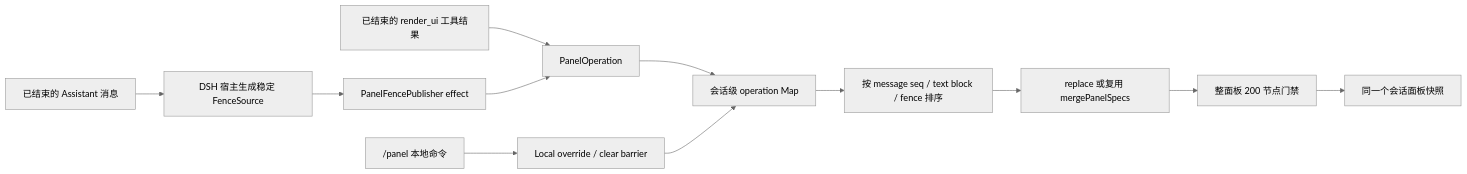
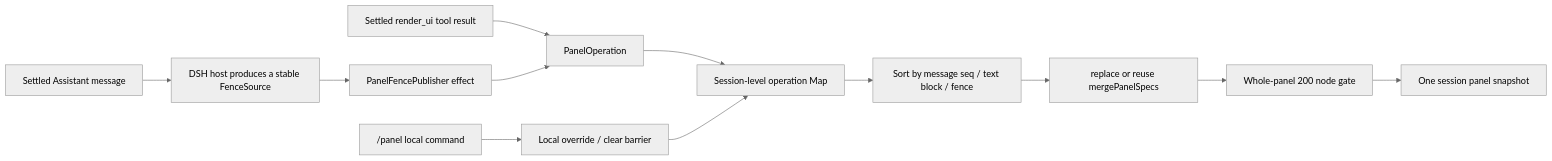
Before and after one commit to asheghi/dsh-genui: the diagram in docs/plans/2026-08-11-dsh-genui-hardening-execution-plan.md, drawn with Mermaid (neutral theme). The commit also changed other lines of this file and 135 other files, not shown here.

````diff
--- a/docs/plans/2026-08-11-dsh-genui-hardening-execution-plan.md
+++ b/docs/plans/2026-08-11-dsh-genui-hardening-execution-plan.md
@@ -89,14 +89,14 @@
 ```mermaid
 flowchart LR
-  A["已结束的 Assistant 消息"] --> B["DSH 宿主生成稳定 FenceSource"]
-  T["已结束的 render_ui 工具结果"] --> O["PanelOperation"]
+  A["Settled Assistant message"] --> B["DSH host produces a stable FenceSource"]
+  T["Settled render_ui tool result"] --> O["PanelOperation"]
   B --> P["PanelFencePublisher effect"]
   P --> O
-  C["/panel 本地命令"] --> L["Local override / clear barrier"]
-  O --> M["会话级 operation Map"]
+  C["/panel local command"] --> L["Local override / clear barrier"]
+  O --> M["Session-level operation Map"]
   L --> M
-  M --> S["按 message seq / text block / fence 排序"]
-  S --> R["replace 或复用 mergePanelSpecs"]
-  R --> G["整面板 200 节点门禁"]
-  G --> V["同一个会话面板快照"]
+  M --> S["Sort by message seq / text block / fence"]
+  S --> R["replace or reuse mergePanelSpecs"]
+  R --> G["Whole-panel 200 node gate"]
+  G --> V["One session panel snapshot"]
 ```
````
